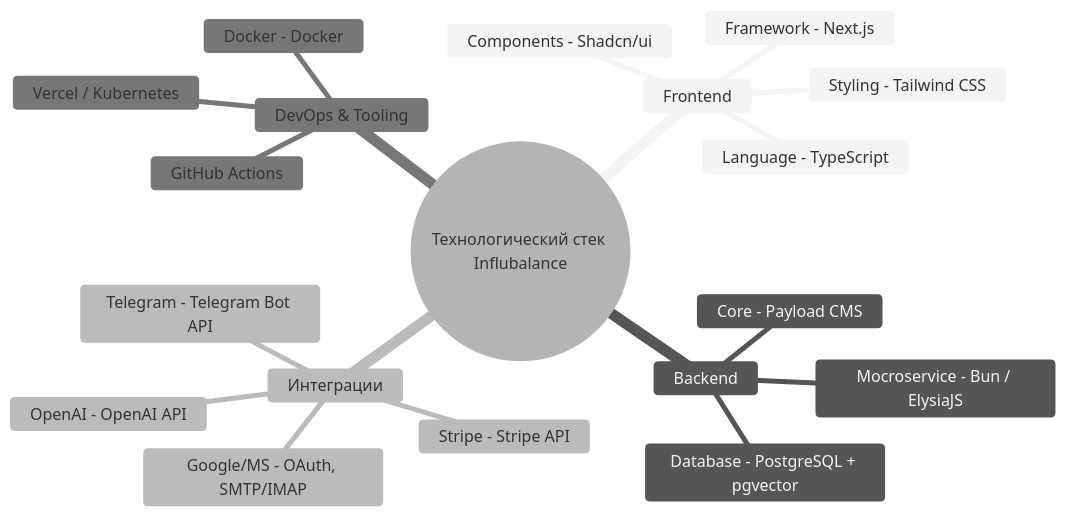
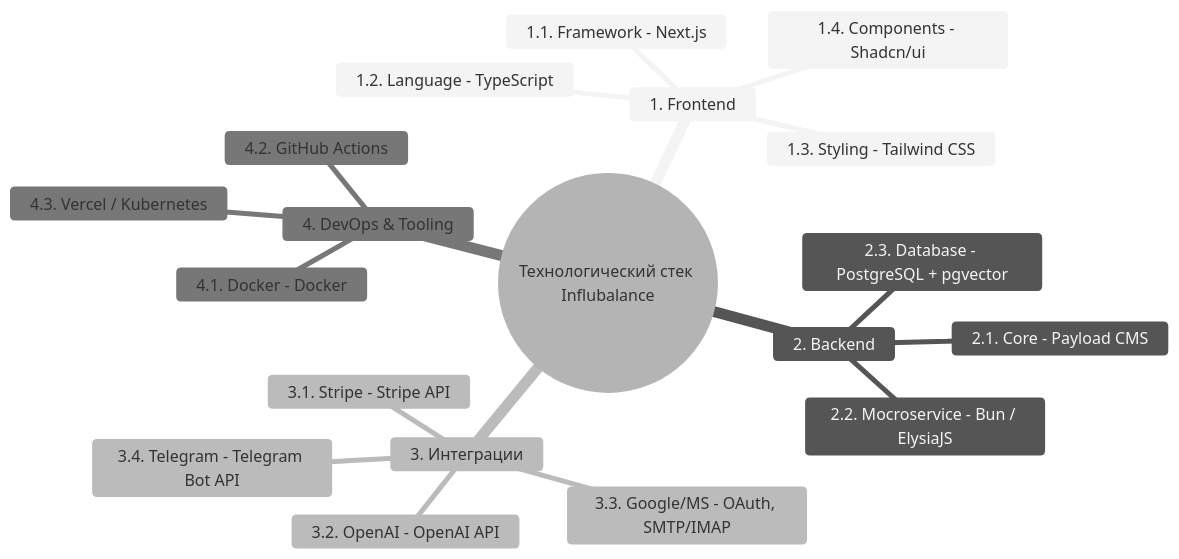
Before and after one commit to GTFB/probo: the first of 3 diagrams in content/4.mdx, drawn with Mermaid (neutral theme). The commit also changed other lines of this file and 10 other files, not shown here.

````diff
--- a/content/4.mdx
+++ b/content/4.mdx
@@ -23,26 +23,26 @@
 ```mermaid
 mindmap
   root((Технологический стек Influbalance))
-    Frontend
+    1. Frontend
       ::icon(fa fa-desktop)
-      Framework - Next.js
-      Language - TypeScript
-      Styling - Tailwind CSS
-      Components - Shadcn/ui
-    Backend
+      1.1. Framework - Next.js
+      1.2. Language - TypeScript
+      1.3. Styling - Tailwind CSS
+      1.4. Components - Shadcn/ui
+    2. Backend
       ::icon(fa fa-server)
-      Core - Payload CMS
-      Mocroservice - Bun / ElysiaJS
-      Database - PostgreSQL + pgvector
-    Интеграции
+      2.1. Core - Payload CMS
+      2.2. Mocroservice - Bun / ElysiaJS
+      2.3. Database - PostgreSQL + pgvector
+    3. Интеграции
       ::icon(fa fa-plug)
-      Stripe - Stripe API
-      OpenAI - OpenAI API
-      Google/MS - OAuth, SMTP/IMAP
-      Telegram - Telegram Bot API
-    DevOps & Tooling
+      3.1. Stripe - Stripe API
+      3.2. OpenAI - OpenAI API
+      3.3. Google/MS - OAuth, SMTP/IMAP
+      3.4. Telegram - Telegram Bot API
+    4. DevOps & Tooling
       ::icon(fa fa-tools)
-      Docker - Docker
-      GitHub Actions
-      Vercel / Kubernetes
+      4.1. Docker - Docker
+      4.2. GitHub Actions
+      4.3. Vercel / Kubernetes
 ```
````
